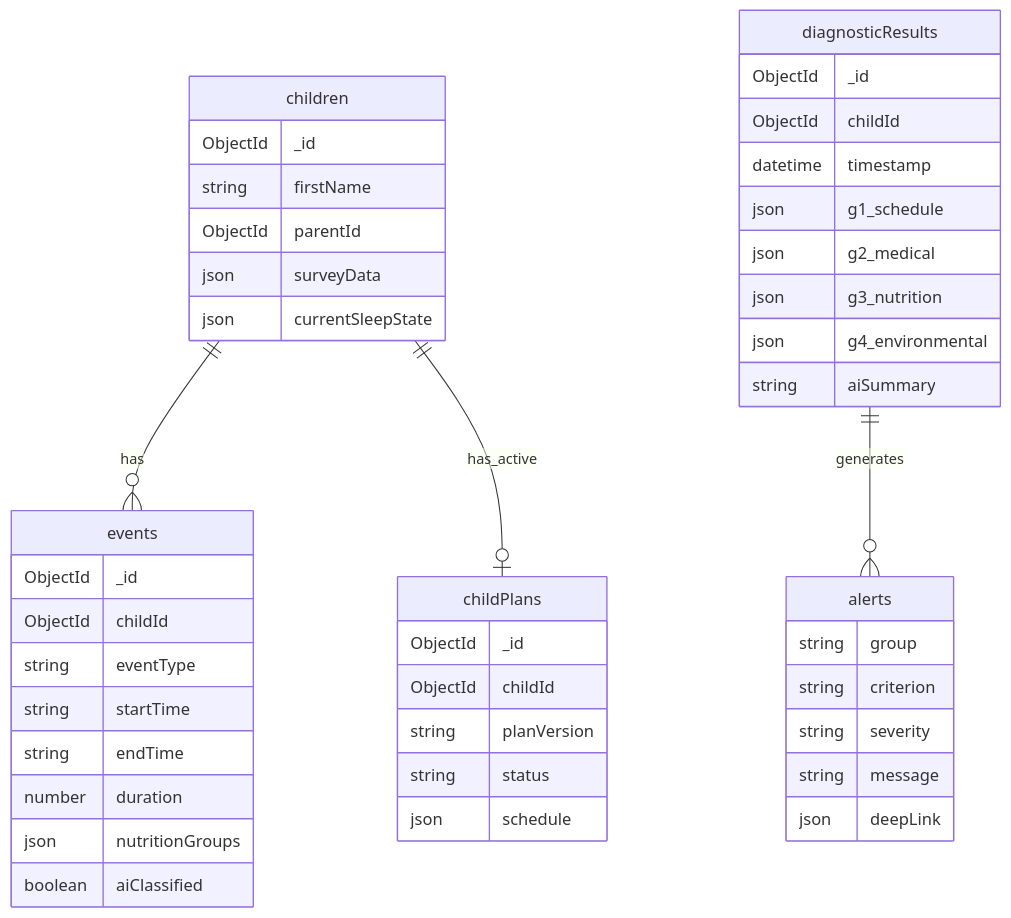
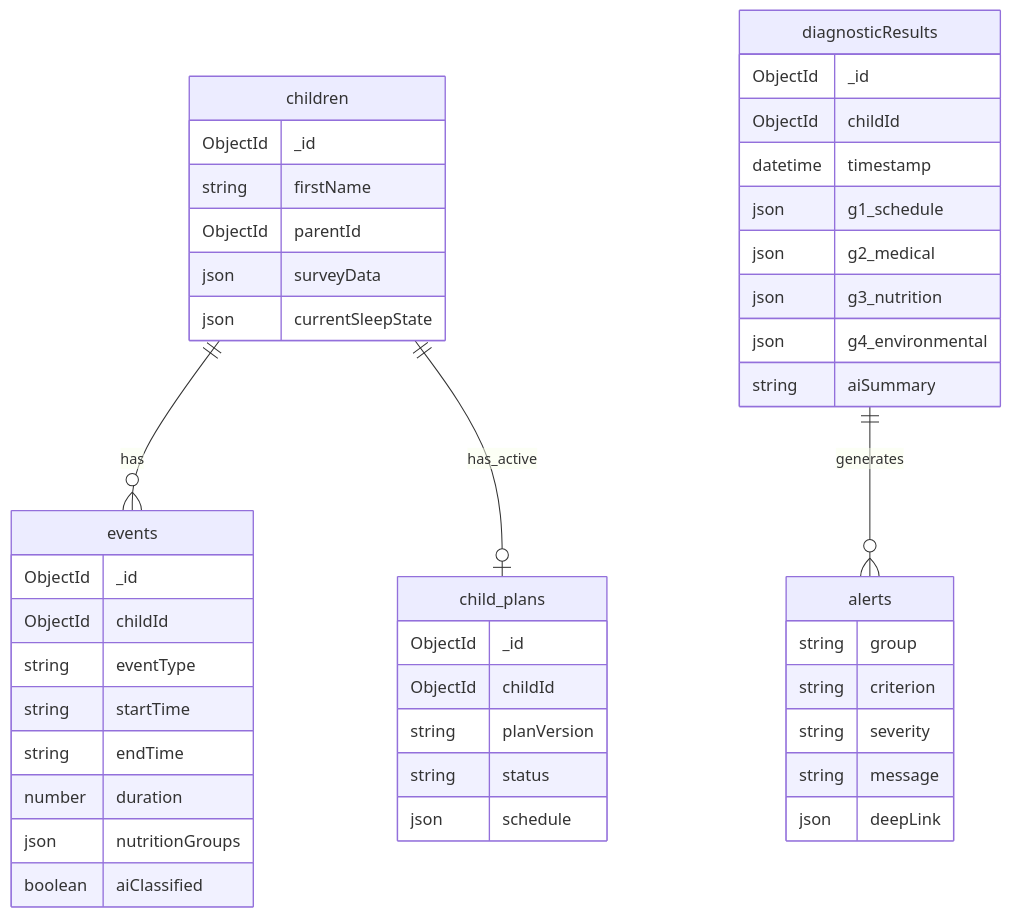
The diagram in docs/plans/2026-02-03-feat-diagnostic-panel-estadisticas-plan.md (Nebulatools/happy_dreamersV2), drawn with Mermaid before and after one commit. The commit also changed 3 other files, not shown here.

First line of the commit message:
docs: fix collection name childPlans -> child_plans in all references

````diff
--- a/docs/plans/2026-02-03-feat-diagnostic-panel-estadisticas-plan.md
+++ b/docs/plans/2026-02-03-feat-diagnostic-panel-estadisticas-plan.md
@@ -412,51 +412,51 @@
 ```mermaid
 erDiagram
     children ||--o{ events : has
-    children ||--o| childPlans : has_active
+    children ||--o| child_plans : has_active
     children {
         ObjectId _id
         string firstName
         ObjectId parentId
         json surveyData
         json currentSleepState
     }
 
     events {
         ObjectId _id
         ObjectId childId
         string eventType
         string startTime
         string endTime
         number duration
         json nutritionGroups
         boolean aiClassified
     }
 
-    childPlans {
+    child_plans {
         ObjectId _id
         ObjectId childId
         string planVersion
         string status
         json schedule
     }
 
     diagnosticResults ||--o{ alerts : generates
     diagnosticResults {
         ObjectId _id
         ObjectId childId
         datetime timestamp
         json g1_schedule
         json g2_medical
         json g3_nutrition
         json g4_environmental
         string aiSummary
     }
 
     alerts {
         string group
         string criterion
         string severity
         string message
         json deepLink
     }
 ```
````
